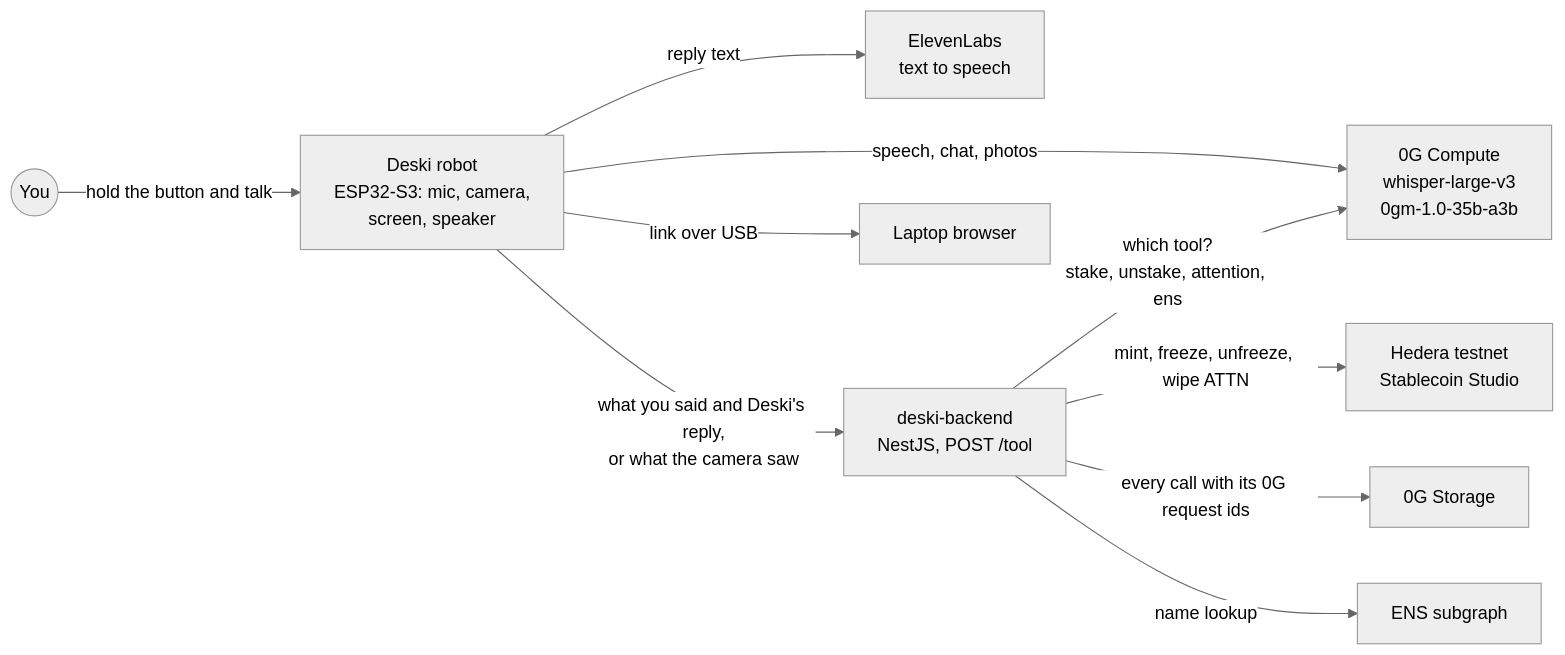
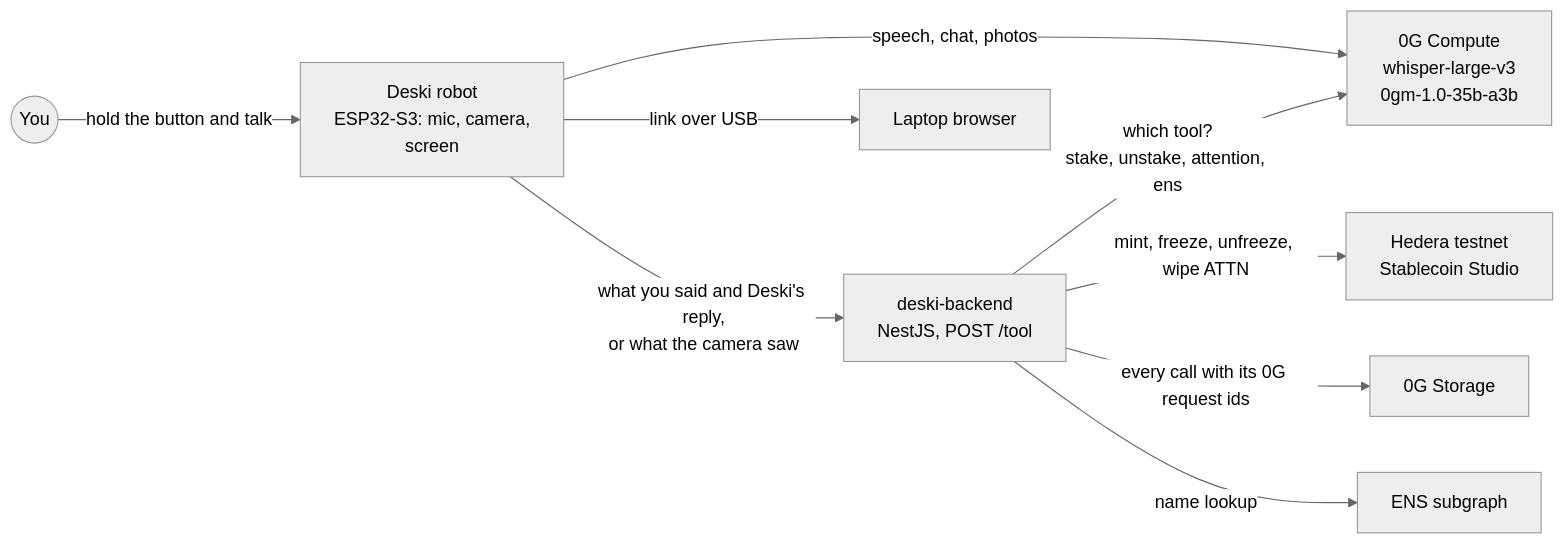
The first of 2 diagrams in README.md (Krane-Apps/deski-eth-mumbai), drawn with Mermaid (neutral theme) before and after one commit. The commit also changed other lines of this file and 3 other files, not shown here.

First line of the commit message:
remove elevenlabs and the speaker, desky types its replies on screen

````diff
--- a/README.md
+++ b/README.md
@@ -27,12 +27,11 @@
 ```mermaid
 flowchart LR
-    you((You)) -->|hold the button and talk| deski["Deski robot<br/>ESP32-S3: mic, camera,<br/>screen, speaker"]
+    you((You)) -->|hold the button and talk| deski["Deski robot<br/>ESP32-S3: mic, camera,<br/>screen"]
     deski -->|"speech, chat, photos"| zg["0G Compute<br/>whisper-large-v3<br/>0gm-1.0-35b-a3b"]
-    deski -->|"reply text"| voice["ElevenLabs<br/>text to speech"]
     deski -->|"what you said and Deski's reply,<br/>or what the camera saw"| backend["deski-backend<br/>NestJS, POST /tool"]
     backend -->|"which tool?<br/>stake, unstake, attention, ens"| zg
     backend -->|"mint, freeze, unfreeze, wipe ATTN"| hedera["Hedera testnet<br/>Stablecoin Studio"]
     backend -->|"every call with its 0G request ids"| storage["0G Storage"]
     backend -->|"name lookup"| ens["ENS subgraph"]
     deski -->|"link over USB"| laptop["Laptop browser"]
 ```
````
